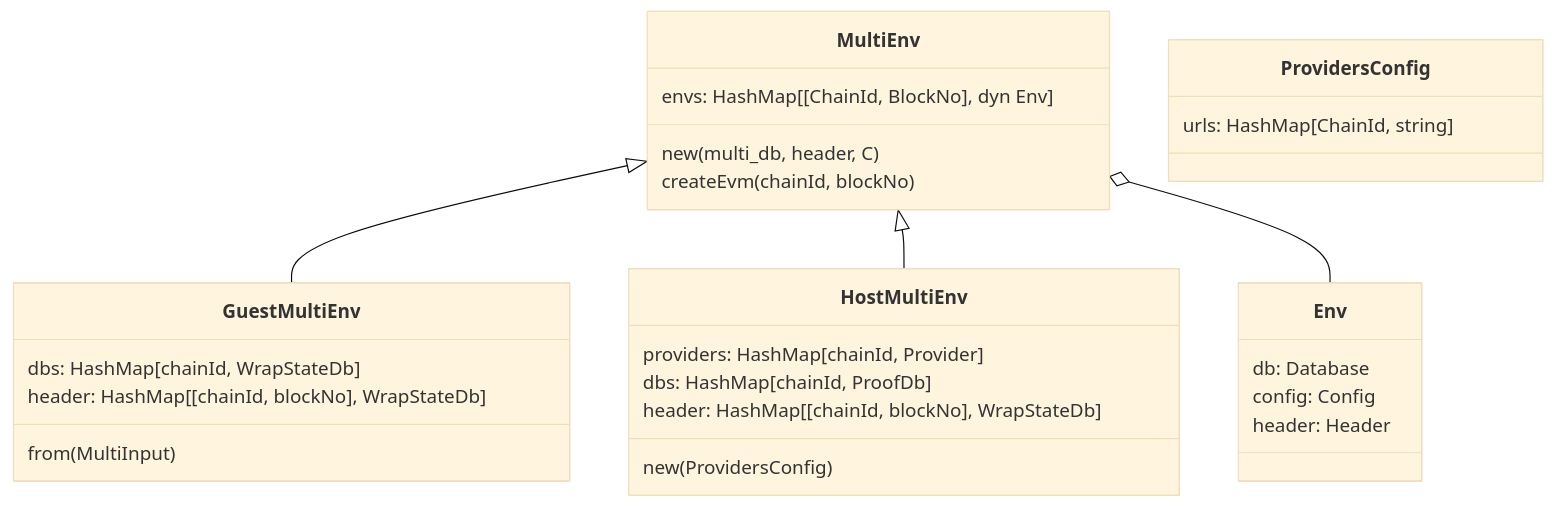
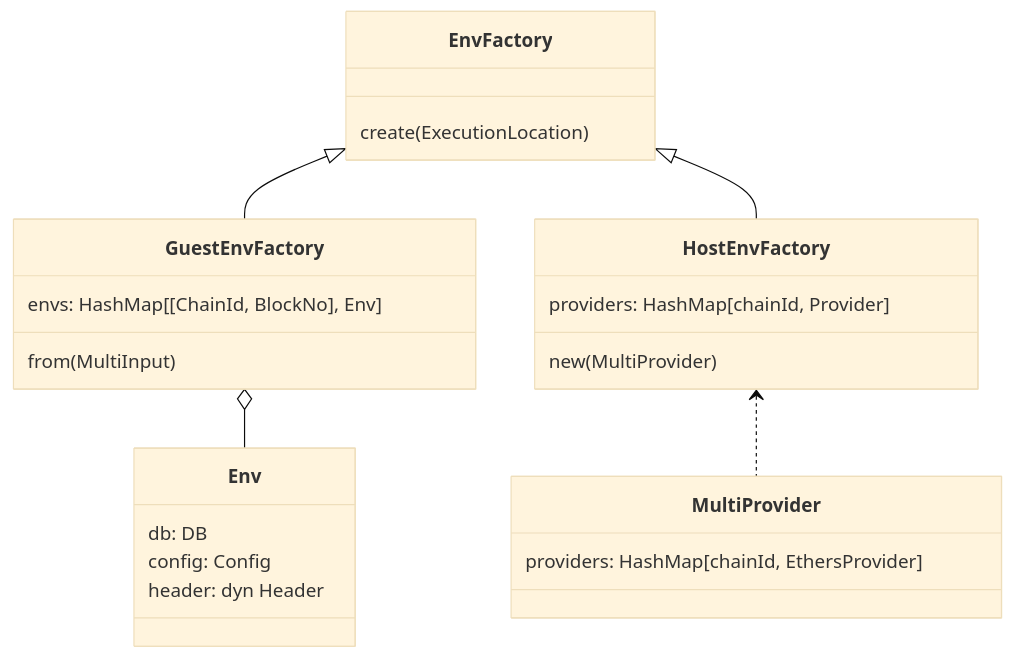
Before and after one commit to vlayer-xyz/vlayer: the diagram in book/src/appendix/architecture/multi.md, drawn with Mermaid (base theme). The commit also changed other lines of this file and 4 other files, not shown here.

First line of the commit message:
Book: Introduce proving and update architecture (#208)

````diff
--- a/book/src/appendix/architecture/multi.md
+++ b/book/src/appendix/architecture/multi.md
@@ -8,37 +37,32 @@
 ```mermaid
 classDiagram
 
-class MultiEnv {
-  envs: HashMap[[ChainId, BlockNo], dyn Env]
-  new(multi_db, header, C)
-  createEvm(chainId, blockNo)
+class EnvFactory {
+  create(ExecutionLocation)
 }
 
-class HostMultiEnv {
+class HostEnvFactory {
   providers: HashMap[chainId, Provider]
-  dbs: HashMap[chainId, ProofDb]
-  header: HashMap[[chainId, blockNo], WrapStateDb]  
-  new(ProvidersConfig)
+  new(MultiProvider)
 }
 
-class GuestMultiEnv {  
-  dbs: HashMap[chainId, WrapStateDb]
-  header: HashMap[[chainId, blockNo], WrapStateDb]
+class GuestEnvFactory {
+  envs: HashMap[[ChainId, BlockNo], Env<WrapStateDB>]
   from(MultiInput)
 }
 
-class ProvidersConfig {
-  urls: HashMap[ChainId, string]
+class Env {
+  db: DB
+  config: Config
+  header: dyn Header
 }
 
-class Env {
-  db: Database
-  config: Config
-  header: Header
+class MultiProvider {
+  providers: HashMap[chainId, EthersProvider]
 }
 
-MultiEnv <|-- GuestMultiEnv
-MultiEnv <|-- HostMultiEnv
-MultiEnv o-- Env
-
+EnvFactory <|-- GuestEnvFactory
+EnvFactory <|-- HostEnvFactory
+GuestEnvFactory o-- Env
+HostEnvFactory <.. MultiProvider
 ```
````
